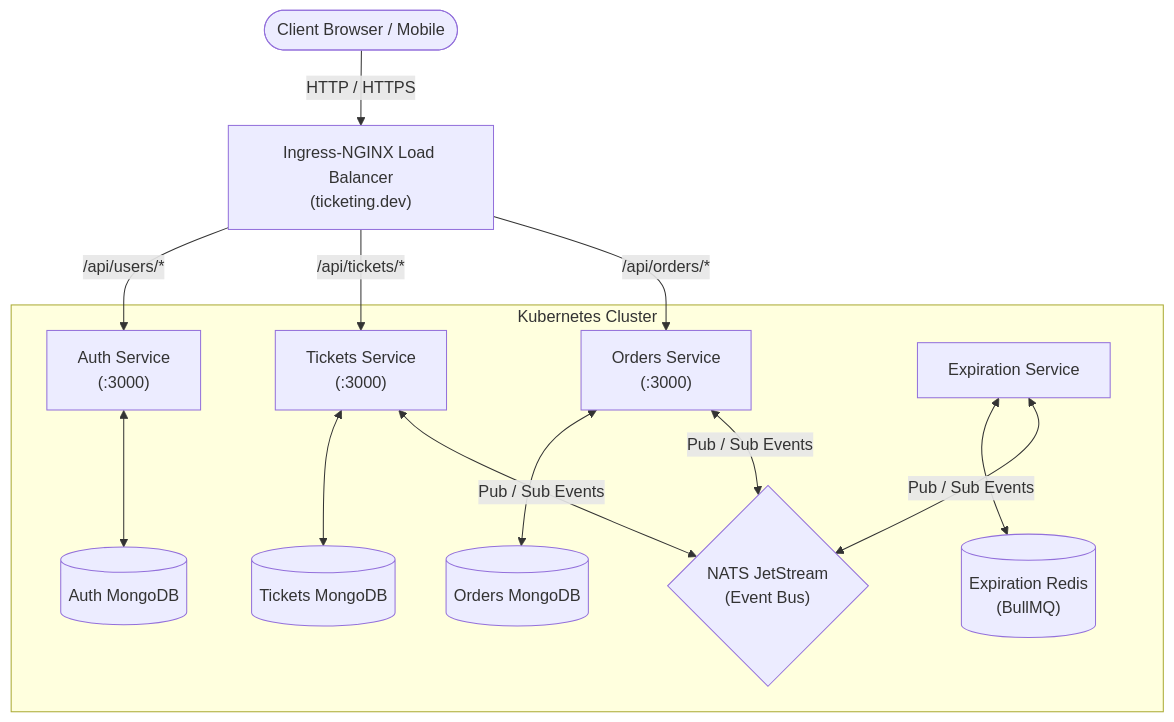
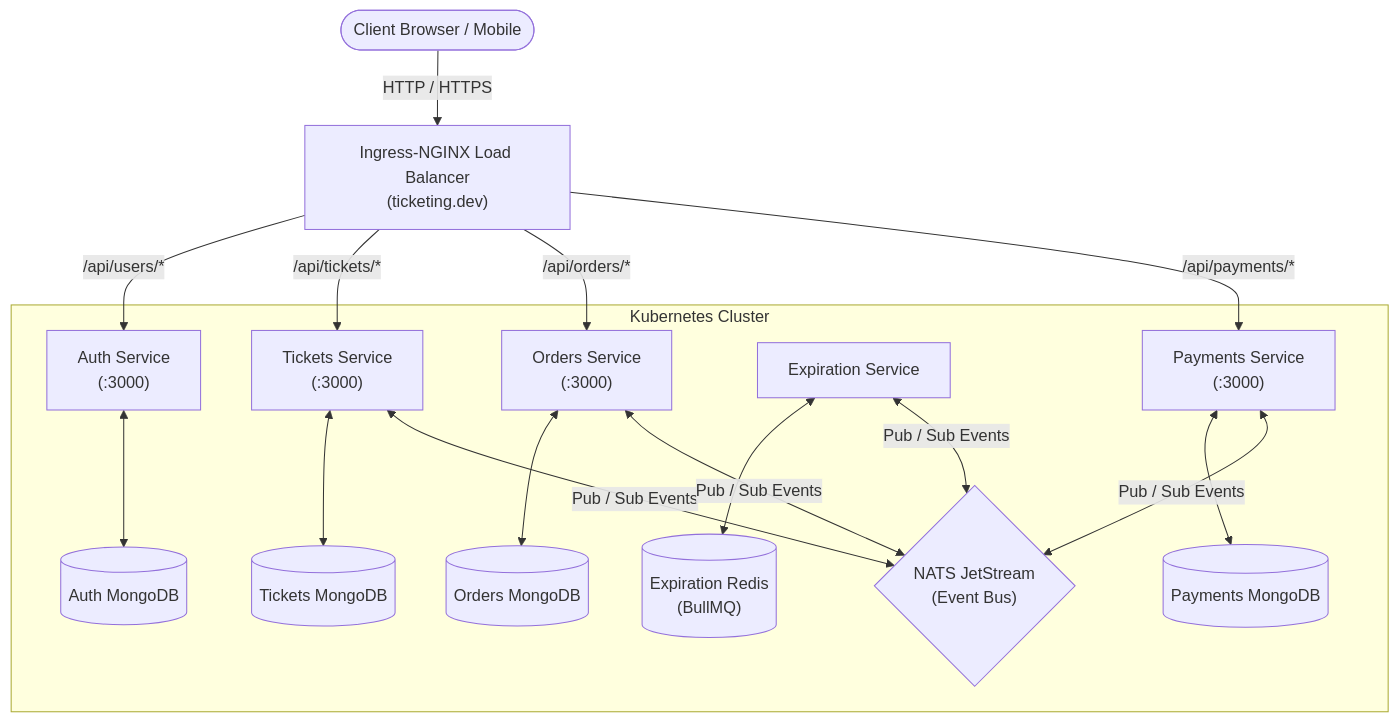
The diagram in README.md (krishu2814/Booking-Service-Backend), drawn with Mermaid before and after one commit. The commit also changed other lines of this file and 19 other files, not shown here.

Commit message:
feat: implement payments service with Stripe integration, update k8s ingress, and update README

````diff
--- a/README.md
+++ b/README.md
@@ -11,35 +11,41 @@
 ```mermaid
 flowchart TD
     Client(["Client Browser / Mobile"])
     Ingress["Ingress-NGINX Load Balancer\n(ticketing.dev)"]
 
     subgraph Cluster ["Kubernetes Cluster"]
         AuthSrv["Auth Service\n(:3000)"]
         AuthDB[("Auth MongoDB")]
         
         TicketSrv["Tickets Service\n(:3000)"]
         TicketDB[("Tickets MongoDB")]
         
         OrderSrv["Orders Service\n(:3000)"]
         OrderDB[("Orders MongoDB")]
 
         ExpSrv["Expiration Service"]
         ExpRedis[("Expiration Redis\n(BullMQ)")]
 
+        PaySrv["Payments Service\n(:3000)"]
+        PayDB[("Payments MongoDB")]
+
         NATS{"NATS JetStream\n(Event Bus)"}
     end
 
     Client -->|HTTP / HTTPS| Ingress
     Ingress -->|/api/users/*| AuthSrv
     Ingress -->|/api/tickets/*| TicketSrv
     Ingress -->|/api/orders/*| OrderSrv
+    Ingress -->|/api/payments/*| PaySrv
 
     AuthSrv <--> AuthDB
     TicketSrv <--> TicketDB
     OrderSrv <--> OrderDB
     ExpSrv <--> ExpRedis
+    PaySrv <--> PayDB
 
     TicketSrv <-->|Pub / Sub Events| NATS
     OrderSrv <-->|Pub / Sub Events| NATS
     ExpSrv <-->|Pub / Sub Events| NATS
+    PaySrv <-->|Pub / Sub Events| NATS
 ```
````
